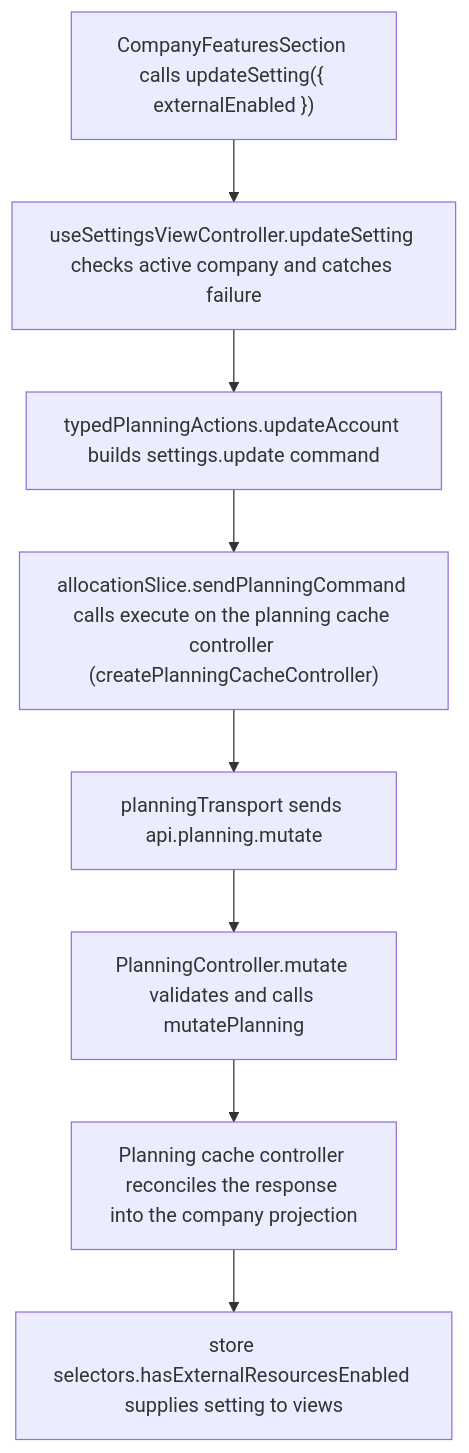
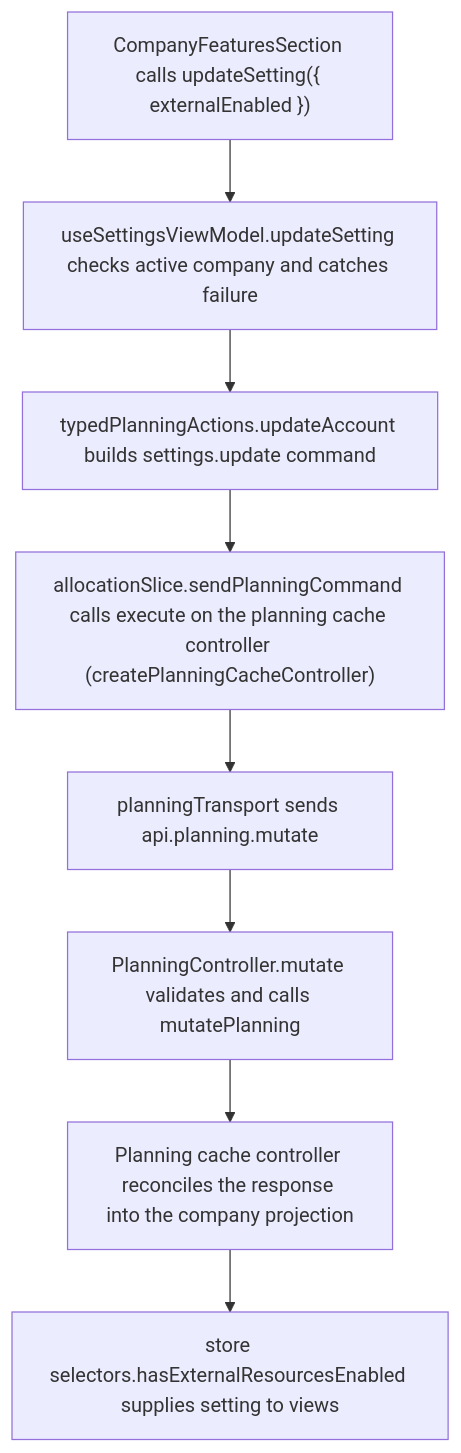
The second of 2 diagrams in user-stories/settings/US-SET-07-show-external.md (Kevinjohn/capacitylens), drawn with Mermaid before and after one commit. The commit also changed other lines of this file and 33 other files, not shown here.

First line of the commit message:
Controller to view model: rename the screen hooks

````diff
--- a/user-stories/settings/US-SET-07-show-external.md
+++ b/user-stories/settings/US-SET-07-show-external.md
@@ -29,10 +29,10 @@
 ```mermaid
 flowchart TD
-  control["CompanyFeaturesSection calls updateSetting({ externalEnabled })"] --> view["useSettingsViewController.updateSetting checks active company and catches failure"]
+  control["CompanyFeaturesSection calls updateSetting({ externalEnabled })"] --> view["useSettingsViewModel.updateSetting checks active company and catches failure"]
   view --> action["typedPlanningActions.updateAccount builds settings.update command"]
   action --> execute["allocationSlice.sendPlanningCommand calls execute on the planning cache controller (createPlanningCacheController)"]
   execute --> transport["planningTransport sends api.planning.mutate"]
   transport --> route["PlanningController.mutate validates and calls mutatePlanning"]
   route --> reply["Planning cache controller reconciles the response into the company projection"]
   reply --> read["store selectors.hasExternalResourcesEnabled supplies setting to views"]
 ```
````
